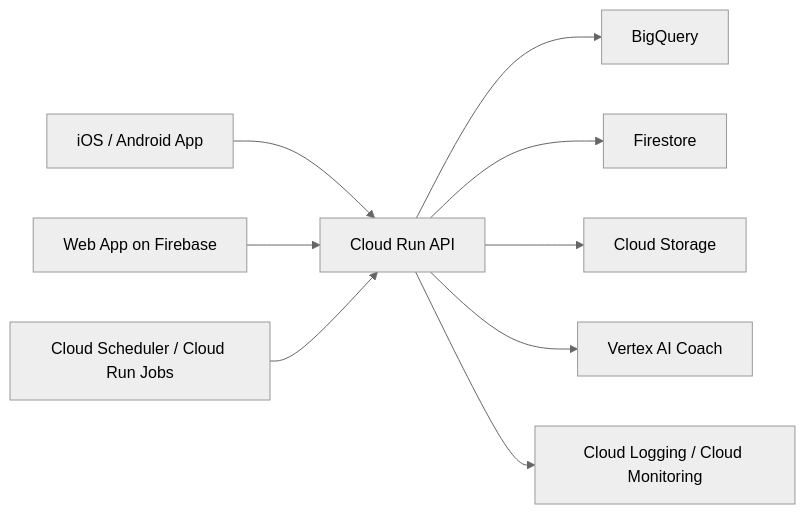
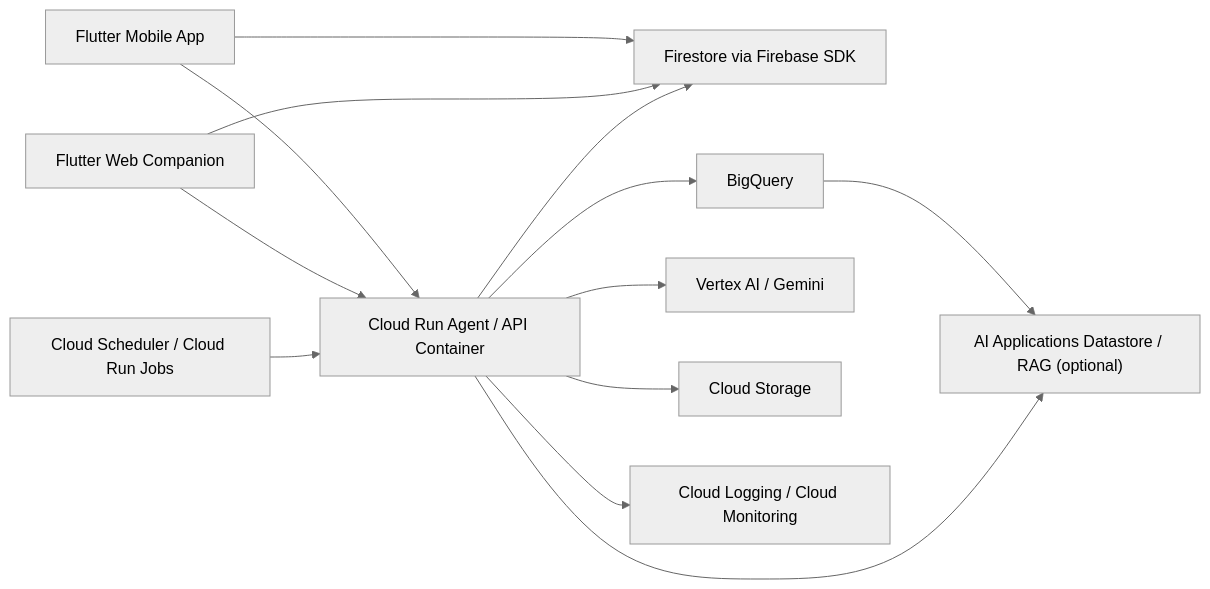
The diagram in docs/architecture/google-first-mvp.md (LauritzMeier/Hackerthon-BCG-Platinum), drawn with Mermaid (neutral theme) before and after one commit. The commit also changed other lines of this file and 1 other file, not shown here.

````diff
--- a/docs/architecture/google-first-mvp.md
+++ b/docs/architecture/google-first-mvp.md
@@ -142,11 +196,15 @@
 ```mermaid
 flowchart LR
-    M["iOS / Android App"] --> API["Cloud Run API"]
-    W["Web App on Firebase"] --> API
+    M["Flutter Mobile App"] --> FS["Firestore via Firebase SDK"]
+    W["Flutter Web Companion"] --> FS
+    M --> API["Cloud Run Agent / API Container"]
+    W --> API
+    API --> FS
     API --> BQ["BigQuery"]
-    API --> FS["Firestore"]
+    BQ --> RAG["AI Applications Datastore / RAG (optional)"]
+    API --> RAG
+    API --> VAI["Vertex AI / Gemini"]
     API --> GCS["Cloud Storage"]
-    API --> VAI["Vertex AI Coach"]
     JOBS["Cloud Scheduler / Cloud Run Jobs"] --> API
     API --> OBS["Cloud Logging / Cloud Monitoring"]
 ```
````
